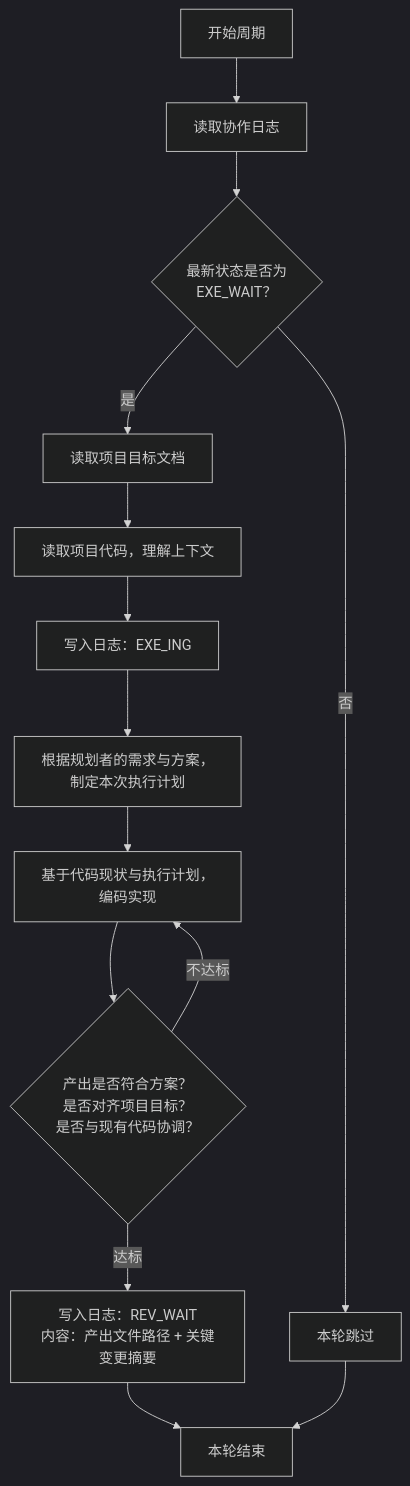
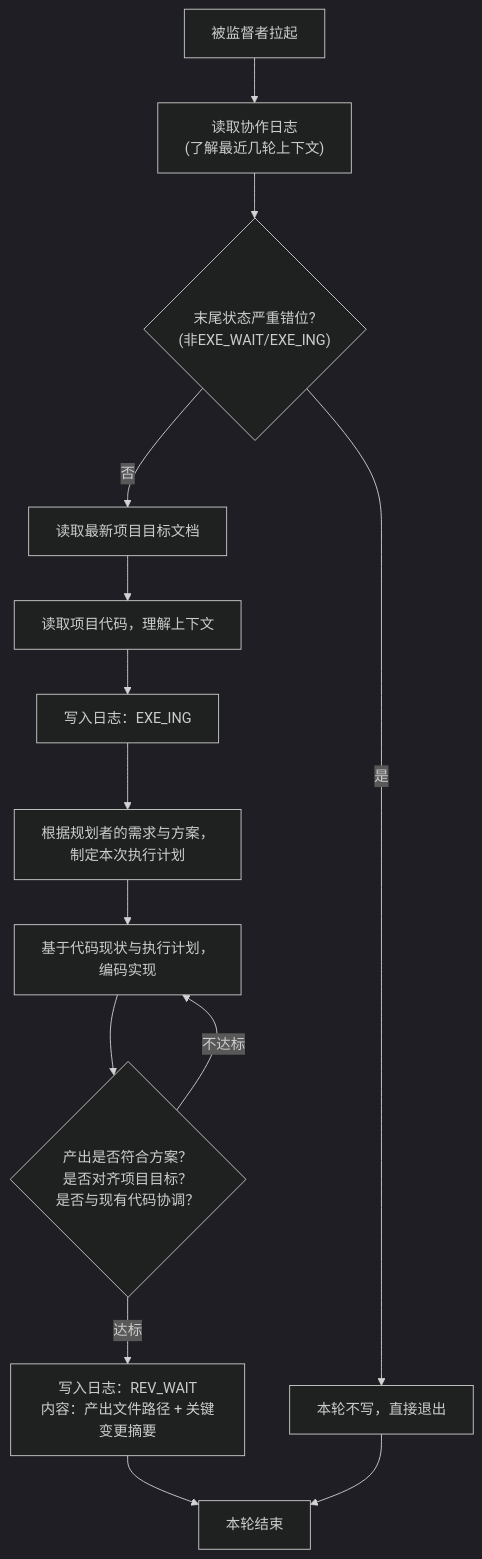
One commit to zhangzhanluo/pre-engineering changed the diagram in skills/pre-engineering/references/zh/执行者指导模板.md. Above: the diagram before and after it, drawn with Mermaid (dark theme). The commit also changed other lines of this file and 13 other files, not shown here.

````diff
--- a/skills/pre-engineering/references/zh/执行者指导模板.md
+++ b/skills/pre-engineering/references/zh/执行者指导模板.md
@@ -41,16 +31,16 @@
 ```mermaid
 flowchart TD
-    Start["开始周期"] --> ReadLog["读取协作日志"]
-    ReadLog --> Check{"最新状态是否为<br/>EXE_WAIT？"}
-    Check -->|否| Idle["本轮跳过"]
-    Check -->|是| ReadGoal["读取项目目标文档"]
+    Start["被监督者拉起"] --> ReadLog["读取协作日志<br/>(了解最近几轮上下文)"]
+    ReadLog --> Check{"末尾状态严重错位?<br/>(非EXE_WAIT/EXE_ING)"}
+    Check -->|是| Exit["本轮不写，直接退出"]
+    Check -->|否| ReadGoal["读取最新项目目标文档"]
     ReadGoal --> ReadCode["读取项目代码，理解上下文"]
     ReadCode --> Begin["写入日志：EXE_ING"]
     Begin --> PlanExec["根据规划者的需求与方案，<br/>制定本次执行计划"]
     PlanExec --> Implement["基于代码现状与执行计划，<br/>编码实现"]
     Implement --> SelfCheck{"产出是否符合方案？<br/>是否对齐项目目标？<br/>是否与现有代码协调？"}
     SelfCheck -->|不达标| Implement
     SelfCheck -->|达标| Write["写入日志：REV_WAIT<br/>内容：产出文件路径 + 关键变更摘要"]
     Write --> End["本轮结束"]
-    Idle --> End
+    Exit --> End
 ```
````
